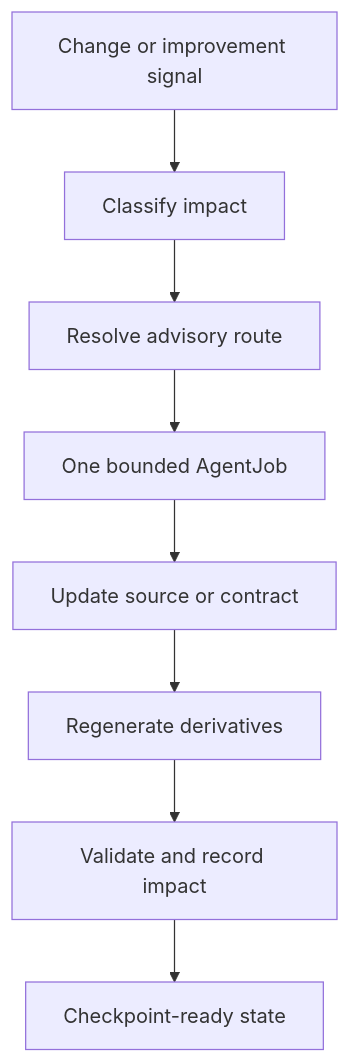
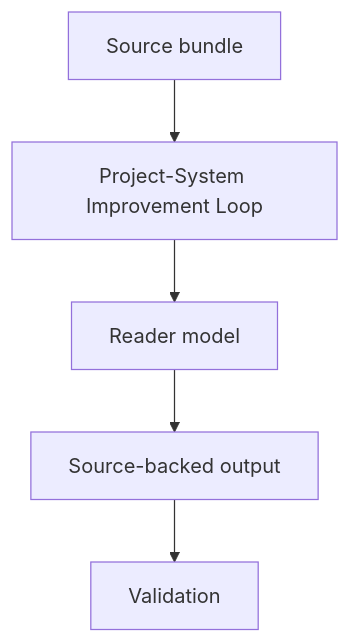
The diagram in github-facing/project-system-improvement-explainer.md (AngryOwlAI/The-AEther-Flow), drawn with Mermaid before and after one commit. The commit also changed other lines of this file and 197 other files, not shown here.

````diff
--- a/github-facing/project-system-improvement-explainer.md
+++ b/github-facing/project-system-improvement-explainer.md
@@ -43,10 +16,7 @@
 ```mermaid
 flowchart TD
-  Signal["Change or improvement signal"] --> Classify["Classify impact"]
-  Classify --> Resolve["Resolve advisory route"]
-  Resolve --> Job["One bounded AgentJob"]
-  Job --> Sources["Update source or contract"]
-  Sources --> Derivatives["Regenerate derivatives"]
-  Derivatives --> Validate["Validate and record impact"]
-  Validate --> Checkpoint["Checkpoint-ready state"]
+  A["Source bundle"] --> B["Project-System Improvement Loop"]
+  B["Project-System Improvement Loop"] --> C["Reader model"]
+  C["Reader model"] --> D["Source-backed output"]
+  D["Source-backed output"] --> E["Validation"]
 ```
````
